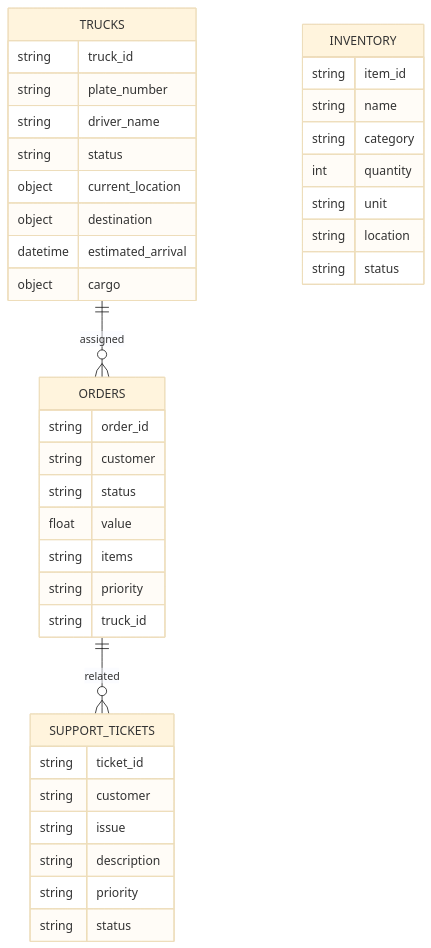
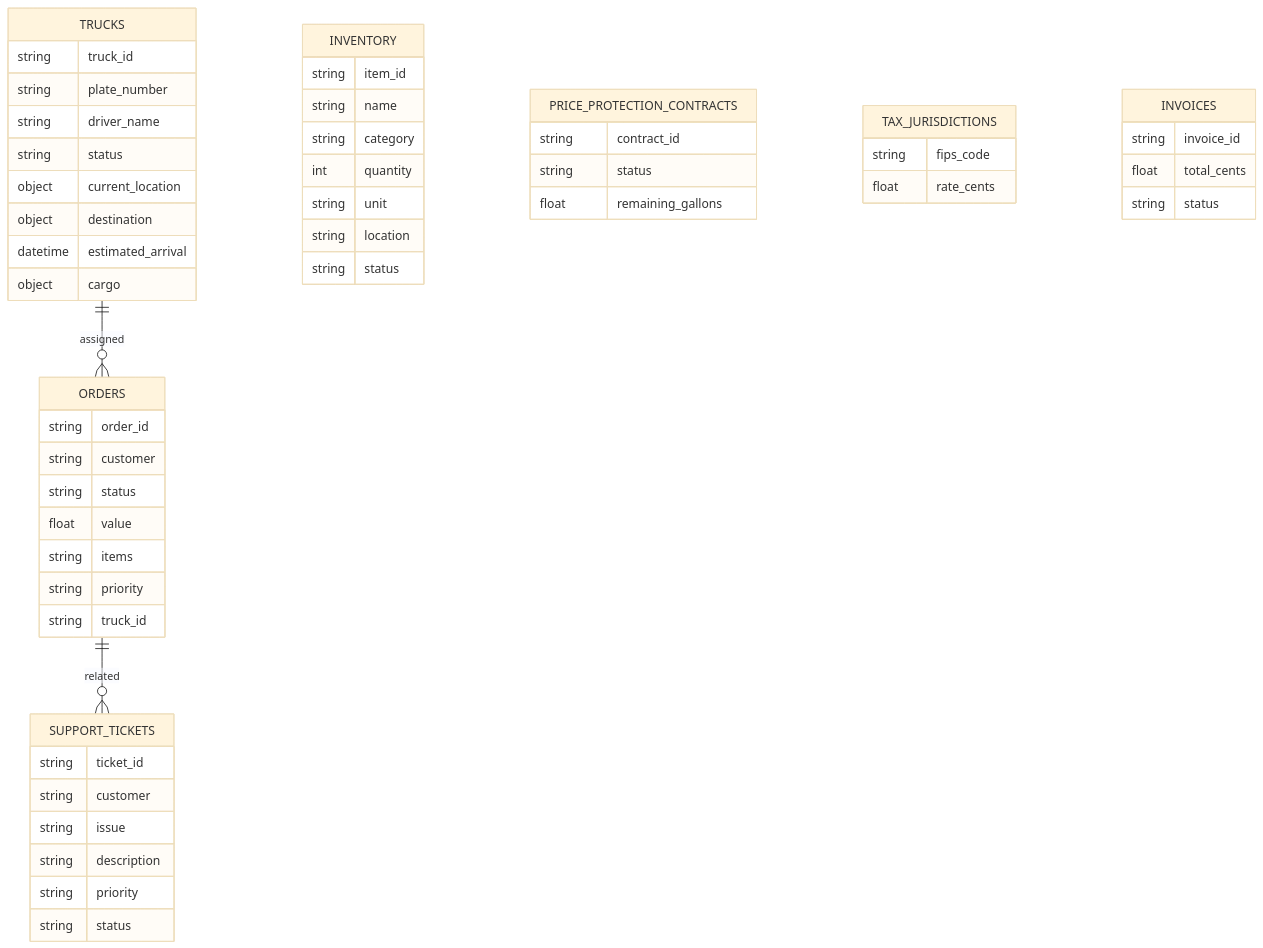
One commit to tysjosh/Runsheet changed the fourth of 4 diagrams in README.md. Above: the diagram before and after it, drawn with Mermaid (base theme). The commit also changed other lines of this file and 16 other files, not shown here.

Commit message:
refactor: standardise API tags, update reconciliation schema, implement UTC date handling, and add TTL to Redis keys.

````diff
--- a/README.md
+++ b/README.md
@@ -385,45 +387,61 @@
 ```mermaid
 erDiagram
     TRUCKS {
         string truck_id
         string plate_number
         string driver_name
         string status
         object current_location
         object destination
         datetime estimated_arrival
         object cargo
     }
     
     ORDERS {
         string order_id
         string customer
         string status
         float value
         string items
         string priority
         string truck_id
     }
     
     INVENTORY {
         string item_id
         string name
         string category
         int quantity
         string unit
         string location
         string status
     }
     
     SUPPORT_TICKETS {
         string ticket_id
         string customer
         string issue
         string description
         string priority
         string status
     }
     
     TRUCKS ||--o{ ORDERS : assigned
     ORDERS ||--o{ SUPPORT_TICKETS : related
+
+    %% Compliance & Commerce Backbone (11 indices)
+    PRICE_PROTECTION_CONTRACTS {
+        string contract_id
+        string status
+        float remaining_gallons
+    }
+    TAX_JURISDICTIONS {
+        string fips_code
+        float rate_cents
+    }
+    INVOICES {
+        string invoice_id
+        float total_cents
+        string status
+    }
 ```
````
